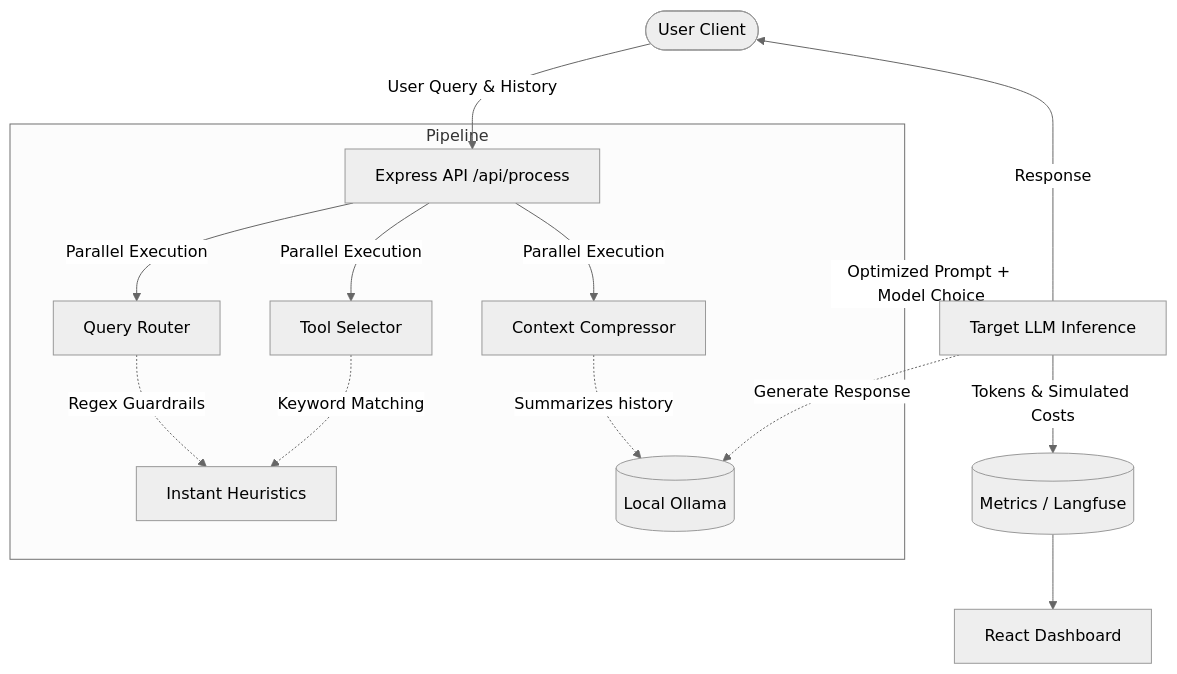
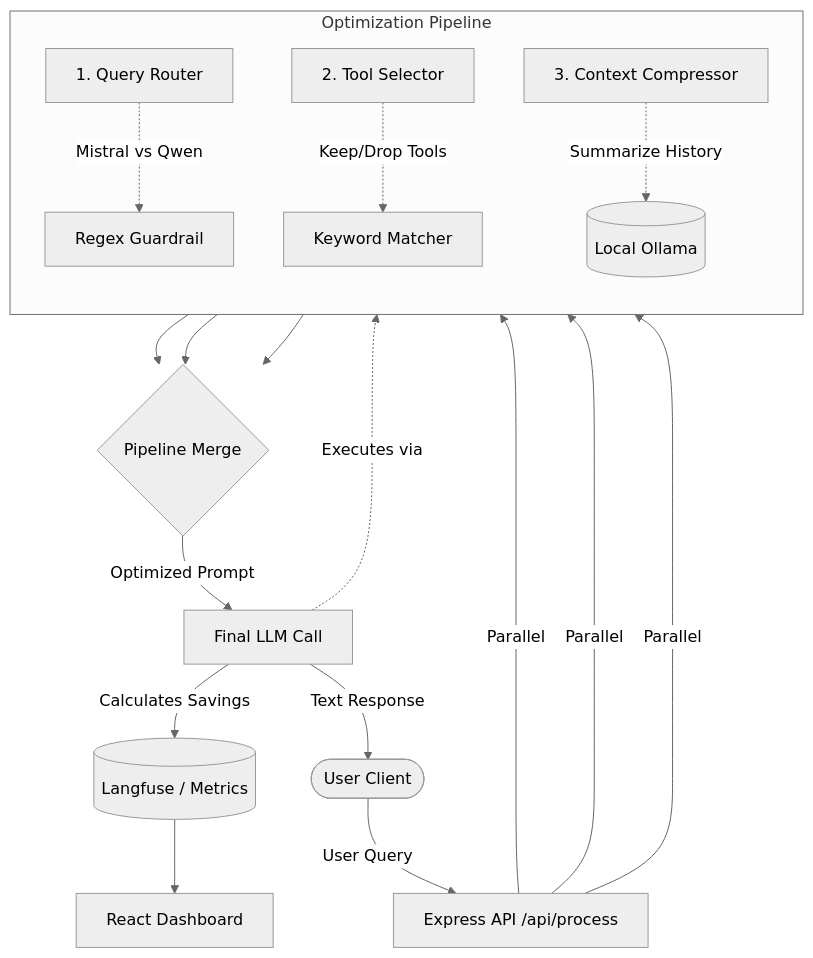
Before and after one commit to snklp-23/LLM-token-optimiser: the diagram in README.md, drawn with Mermaid (neutral theme).

````diff
--- a/README.md
+++ b/README.md
@@ -32,21 +32,49 @@
 ```mermaid
 graph TD
-    User([User Client]) --> |User Query & History| API[Express API /api/process]
+    %% Define Nodes
+    User([User Client])
+    API[Express API /api/process]
     
-    subgraph Pipeline
-    API --> |Parallel Execution| Routing[Query Router]
-    API --> |Parallel Execution| Tooling[Tool Selector]
-    API --> |Parallel Execution| Compression[Context Compressor]
+    %% Pipeline Steps
+    subgraph Optimization Pipeline
+        direction TB
+        Router[1. Query Router]
+        Tools[2. Tool Selector]
+        Compressor[3. Context Compressor]
+        
+        RouterLogic[Regex Guardrail]
+        ToolLogic[Keyword Matcher]
+        CompressLogic[(Local Ollama)]
+        
+        Router -.-> |"Mistral vs Qwen"| RouterLogic
+        Tools -.-> |"Keep/Drop Tools"| ToolLogic
+        Compressor -.-> |"Summarize History"| CompressLogic
+    end
     
-    Routing -.-> |Regex Guardrails| FastLogic[Instant Heuristics]
-    Tooling -.-> |Keyword Matching| FastLogic
-    Compression -.-> |Summarizes history| LocalLLM[(Local Ollama)]
-    end
+    Assembler{Pipeline Merge}
+    FinalInference[Final LLM Call]
+    Metrics[(Langfuse / Metrics)]
+    Dashboard[React Dashboard]
 
-    Pipeline --> |Optimized Prompt + Model Choice| Inference[Target LLM Inference]
-    Inference -.-> |Generate Response| LocalLLM
-    Inference --> |Tokens & Simulated Costs| Metrics[(Metrics / Langfuse)]
+    %% The Flow
+    User --> |User Query| API
     
-    Metrics --> Dashboard[React Dashboard]
-    Inference --> |Response| User
+    %% Parallel Execution
+    API --> |Parallel| Router
+    API --> |Parallel| Tools
+    API --> |Parallel| Compressor
+
+    %% Assembly
+    RouterLogic --> Assembler
+    ToolLogic --> Assembler
+    CompressLogic --> Assembler
+    
+    %% Final Inference
+    Assembler --> |Optimized Prompt| FinalInference
+    FinalInference -.-> |Executes via| CompressLogic
+    
+    %% Results
+    FinalInference --> |Calculates Savings| Metrics
+    Metrics --> Dashboard
+    FinalInference --> |Text Response| User
 ```
````
